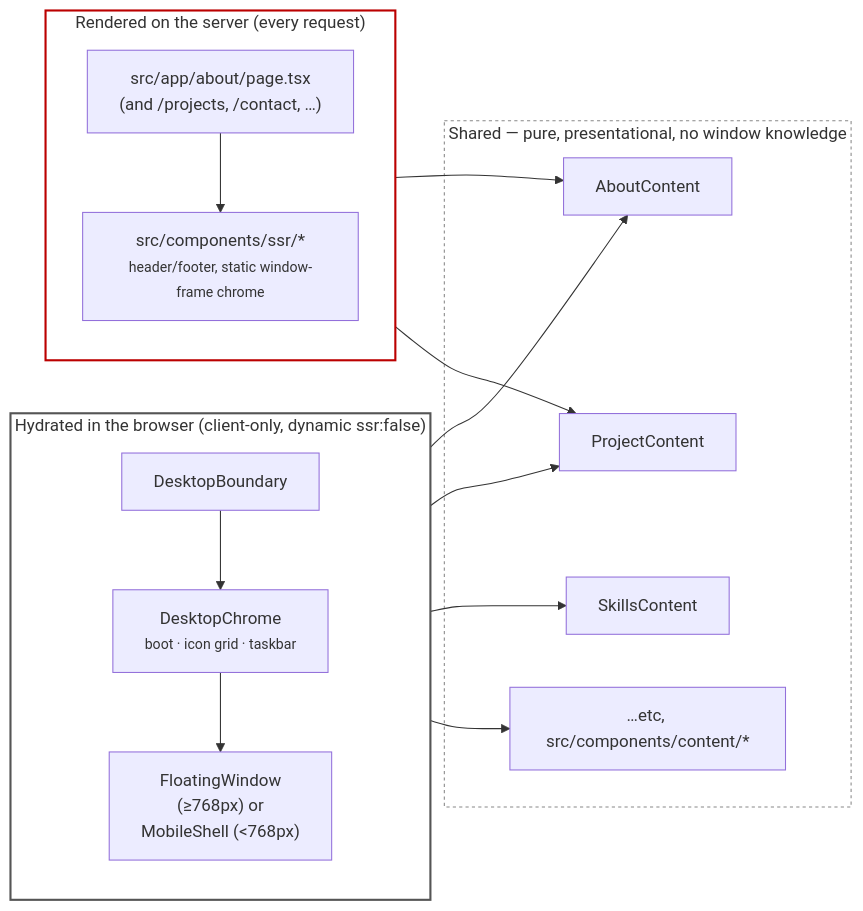
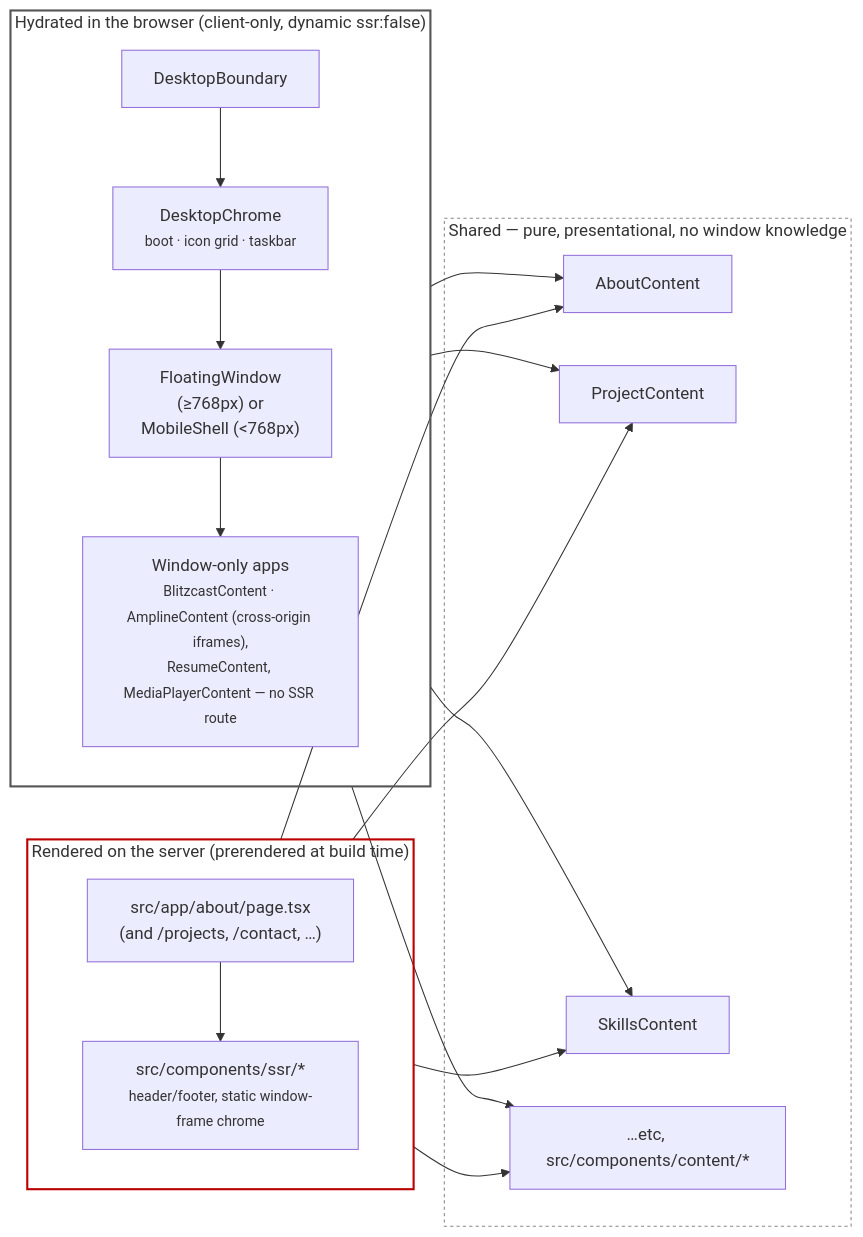
Before and after one commit to carterptull/personal-portfolio-website: the diagram in diagrams/dual-layer-architecture.md, drawn with Mermaid. The commit also changed other lines of this file and 7 other files, not shown here.

Commit message:
Refreshed stale diagrams to match v1.2.0.

````diff
--- a/diagrams/dual-layer-architecture.md
+++ b/diagrams/dual-layer-architecture.md
@@ -8,35 +8,39 @@
 ```mermaid
 flowchart LR
-    subgraph server["Rendered on the server (every request)"]
+    subgraph server["Rendered on the server (prerendered at build time)"]
         direction TB
         page["src/app/about/page.tsx<br/>(and /projects, /contact, …)"]
         ssrWrap["src/components/ssr/*<br/><small>header/footer, static window-frame chrome</small>"]
         page --> ssrWrap
     end
 
     subgraph shared["Shared — pure, presentational, no window knowledge"]
         AboutContent["AboutContent"]
         ProjectContent["ProjectContent"]
         SkillsContent["SkillsContent"]
         ContactContent["…etc, src/components/content/*"]
     end
 
     subgraph client["Hydrated in the browser (client-only, dynamic ssr:false)"]
         direction TB
         db2["DesktopBoundary"]
         chrome2["DesktopChrome<br/><small>boot · icon grid · taskbar</small>"]
         fw["FloatingWindow<br/>(≥768px) or<br/>MobileShell (<768px)"]
+        windowOnly["Window-only apps<br/><small>BlitzcastContent · AmplineContent (cross-origin iframes),<br/>ResumeContent, MediaPlayerContent — no SSR route</small>"]
         db2 --> chrome2 --> fw
+        fw --> windowOnly
     end
 
     ssrWrap --> AboutContent
     ssrWrap --> ProjectContent
+    ssrWrap --> SkillsContent
+    ssrWrap --> ContactContent
     fw --> AboutContent
     fw --> ProjectContent
     fw --> SkillsContent
     fw --> ContactContent
 
     style server fill:transparent,stroke:#BB0000,stroke-width:2px
     style client fill:transparent,stroke:#555,stroke-width:2px
     style shared fill:transparent,stroke:#888,stroke-width:1px,stroke-dasharray: 3 3
 ```
````
